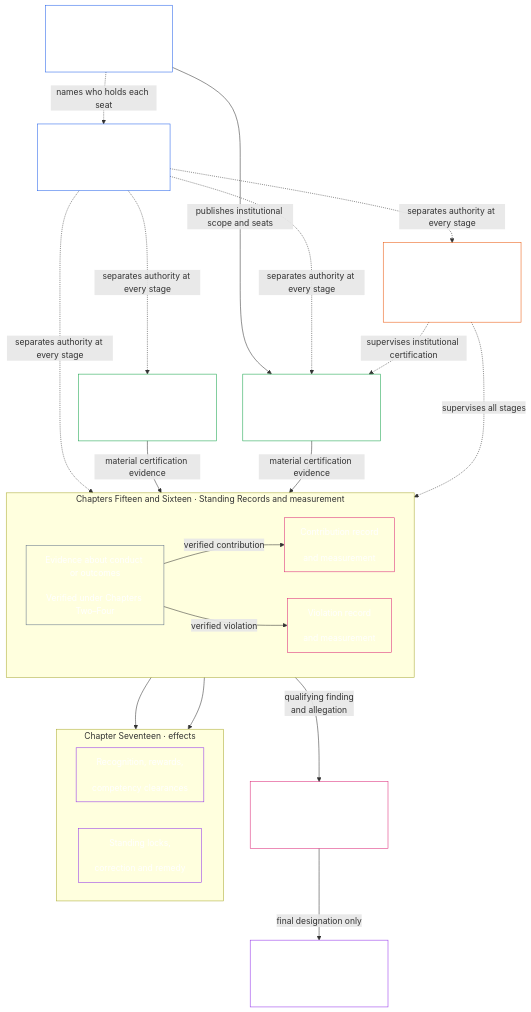
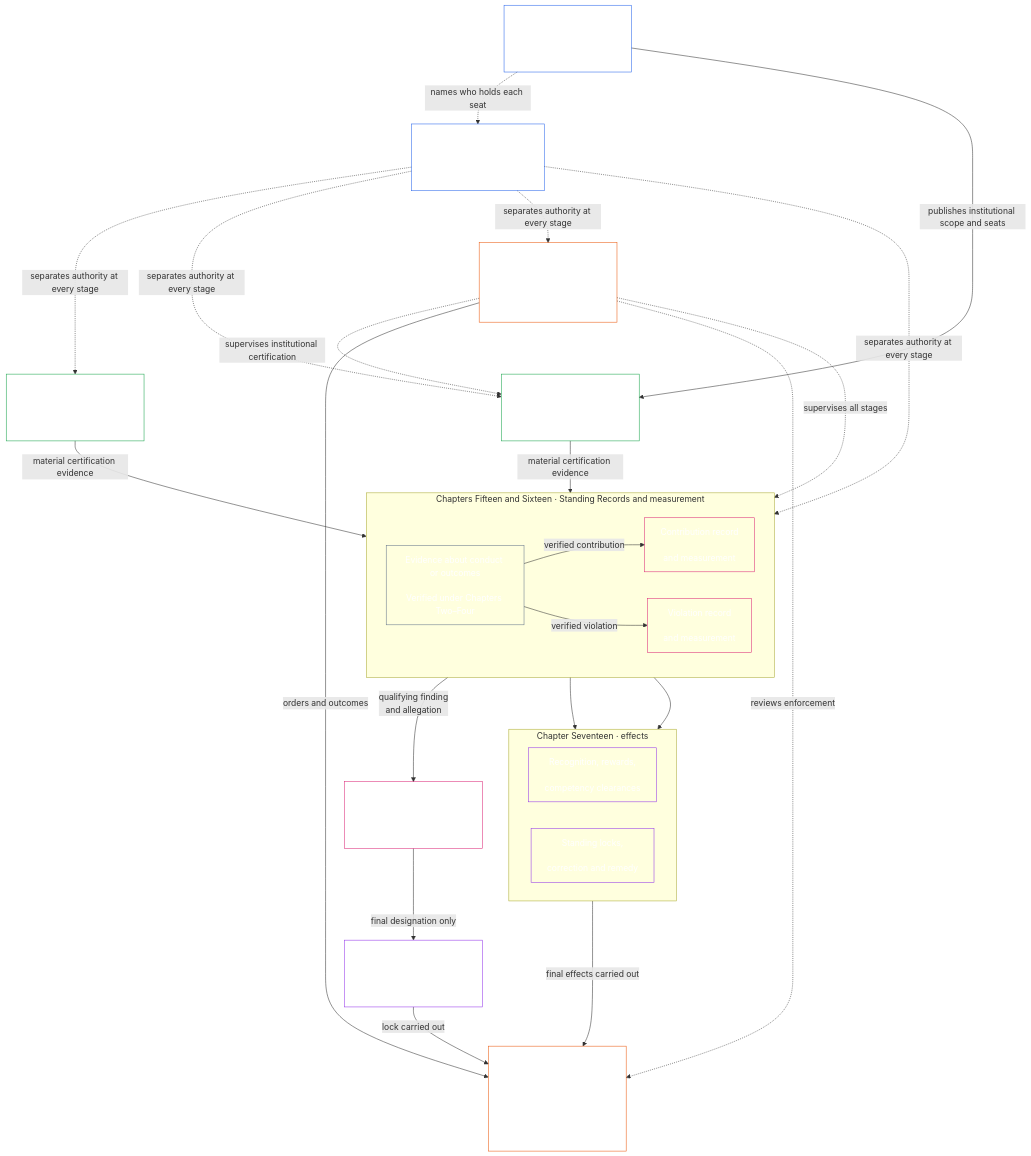
The third of 3 diagrams in core_00.000_preamble.md (kfoelsch/Sentient_Constitution), drawn with Mermaid before and after one commit. The commit also changed other lines of this file and 40 other files, not shown here.

````diff
--- a/core_00.000_preamble.md
+++ b/core_00.000_preamble.md
@@ -347,49 +347,55 @@
 ```mermaid
 flowchart TB
     H["Chapter Seven<br/><br/>System and Institutional<br/>Charters"]
     D["Chapter Eight<br/><br/>Functional independence<br/>and separation of duties"]
     S["Chapter Nine<br/><br/>System alignment certification"]
     I["Chapter Twelve<br/><br/>Institutional alignment certification"]
     subgraph Q["Chapters Fifteen and Sixteen · Standing Records and measurement"]
         direction LR
         E["Evidence about conduct or outcomes<br/><br/>Verified under Chapters Two–Four"]
         C["Contribution record<br/><br/>and measurement"]
         V["Violation record<br/><br/>and measurement"]
     end
     subgraph N["Chapter Seventeen · effects"]
         direction LR
         U["Recognition, rewards,<br/><br/>competency clearances"]
         R["Standing locks,<br/><br/>correction and remedy"]
     end
     M["Chapter Twenty-One<br/><br/>Anti-constitutional misconduct review"]
     L["Chapter Seventeen<br/><br/>Anti-Constitutional Trust Lock"]
     F["Chapters Twenty-Three and Twenty-Four forums<br/><br/>Supervision, challenge and timely review"]
+    X["Chapters Twenty-Five and Twenty-Six<br/><br/>Enforcement: carrying out outcomes,<br/>special enforcement within limits"]
     H -.->|names who holds each seat| D
     H -->|publishes institutional scope and seats| I
     D -.->|separates authority at every stage| S
     D -.->|separates authority at every stage| I
     D -.->|separates authority at every stage| E
     D -.->|separates authority at every stage| F
     C --> U
     V --> R
     M -->|final designation only| L
     V -->|qualifying finding<br/>and allegation| M
     S -->|material certification evidence| E
     I -->|material certification evidence| E
     E -->|verified contribution| C
     E -->|verified violation| V
     F -.->|supervises all stages| E
     F -.->|supervises institutional certification| I
+    R -->|final effects carried out| X
+    L -->|lock carried out| X
+    F -->|orders and outcomes| X
+    F -.->|reviews enforcement| X
     style H fill:none,stroke:#2563eb,color:#ffffff
     style D fill:none,stroke:#2563eb,color:#ffffff
     style S fill:none,stroke:#16a34a,color:#ffffff
     style I fill:none,stroke:#16a34a,color:#ffffff
     style E fill:none,stroke:#64748b,color:#ffffff
     style C fill:none,stroke:#db2777,color:#ffffff
     style V fill:none,stroke:#db2777,color:#ffffff
     style U fill:none,stroke:#9333ea,color:#ffffff
     style R fill:none,stroke:#9333ea,color:#ffffff
     style M fill:none,stroke:#db2777,color:#ffffff
     style L fill:none,stroke:#9333ea,color:#ffffff
     style F fill:none,stroke:#ea580c,color:#ffffff
+    style X fill:none,stroke:#ea580c,color:#ffffff
 ```
````
